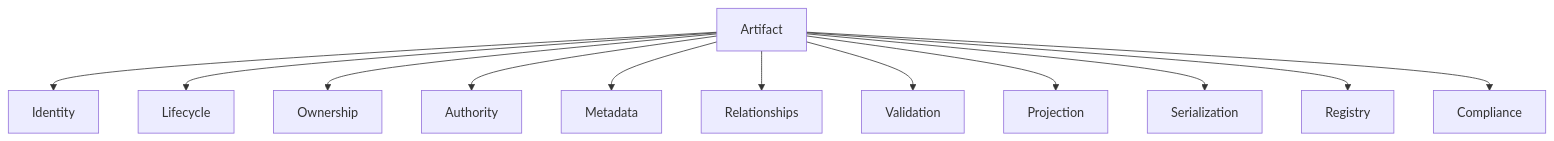
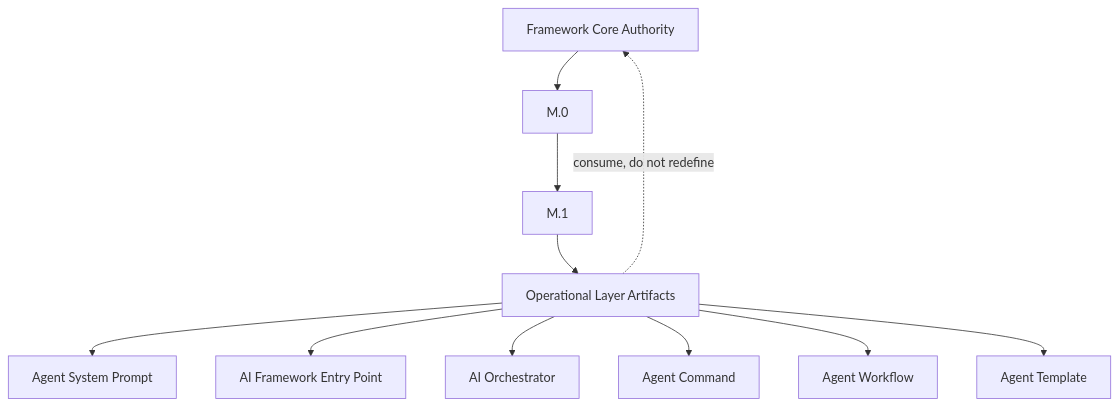
One commit to doallon/forge-ai changed diagram 12 of 13 in docs/AI/Meta/M.1-Artifact-Meta-Model.md. Above: the diagram before and after it, drawn with Mermaid. The commit also changed other lines of this file, not shown here.

Commit message:
Align M.1 artifact meta model

````diff
--- a/docs/AI/Meta/M.1-Artifact-Meta-Model.md
+++ b/docs/AI/Meta/M.1-Artifact-Meta-Model.md
@@ -1838,15 +643,13 @@
 ```mermaid
 graph TD
-    A["Artifact"]
-    A --> I["Identity"]
-    A --> L["Lifecycle"]
-    A --> O["Ownership"]
-    A --> Au["Authority"]
-    A --> M["Metadata"]
-    A --> R["Relationships"]
-    A --> V["Validation"]
-    A --> P["Projection"]
-    A --> S["Serialization"]
-    A --> Reg["Registry"]
-    A --> C["Compliance"]
+    CORE["Framework Core Authority"] --> M0["M.0"]
+    M0 --> M1["M.1"]
+    M1 --> OPS["Operational Layer Artifacts"]
+    OPS --> PROMPT["Agent System Prompt"]
+    OPS --> ENTRY["AI Framework Entry Point"]
+    OPS --> ORCH["AI Orchestrator"]
+    OPS --> CMD["Agent Command"]
+    OPS --> WF["Agent Workflow"]
+    OPS --> TPL["Agent Template"]
+    OPS -.consume, do not redefine.-> CORE
 ```
````
